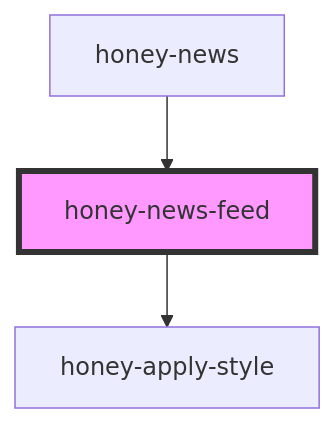
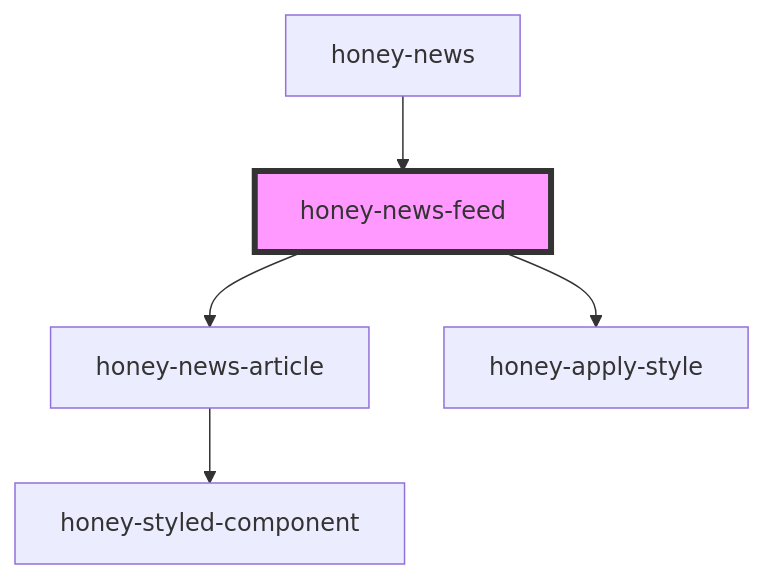
The diagram in src/components/honey-news/news/readme.md (Huluvu424242/honey-news), drawn with Mermaid before and after one commit. The commit also changed other lines of this file and 43 other files, not shown here.

````diff
--- a/src/components/honey-news/news/readme.md
+++ b/src/components/honey-news/news/readme.md
@@ -40,6 +41,8 @@
 ```mermaid
 graph TD;
+  honey-news-feed --> honey-news-article
   honey-news-feed --> honey-apply-style
+  honey-news-article --> honey-styled-component
   honey-news --> honey-news-feed
   style honey-news-feed fill:#f9f,stroke:#333,stroke-width:4px
 ```
````
